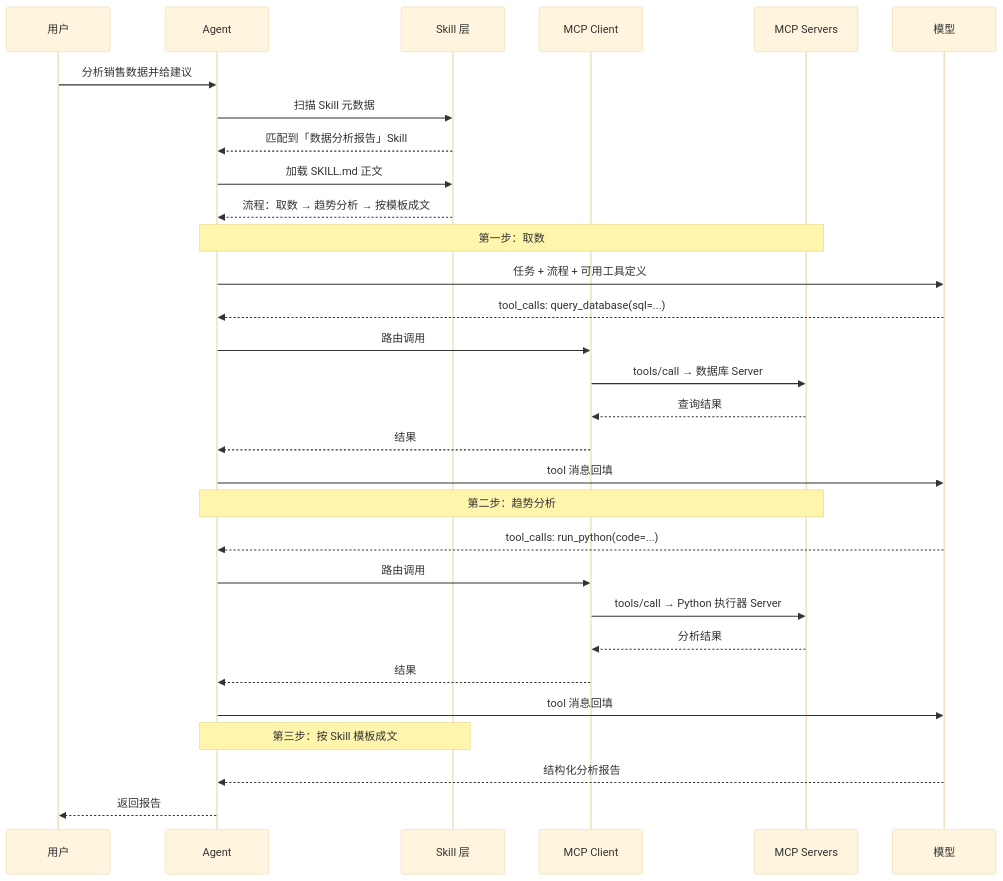
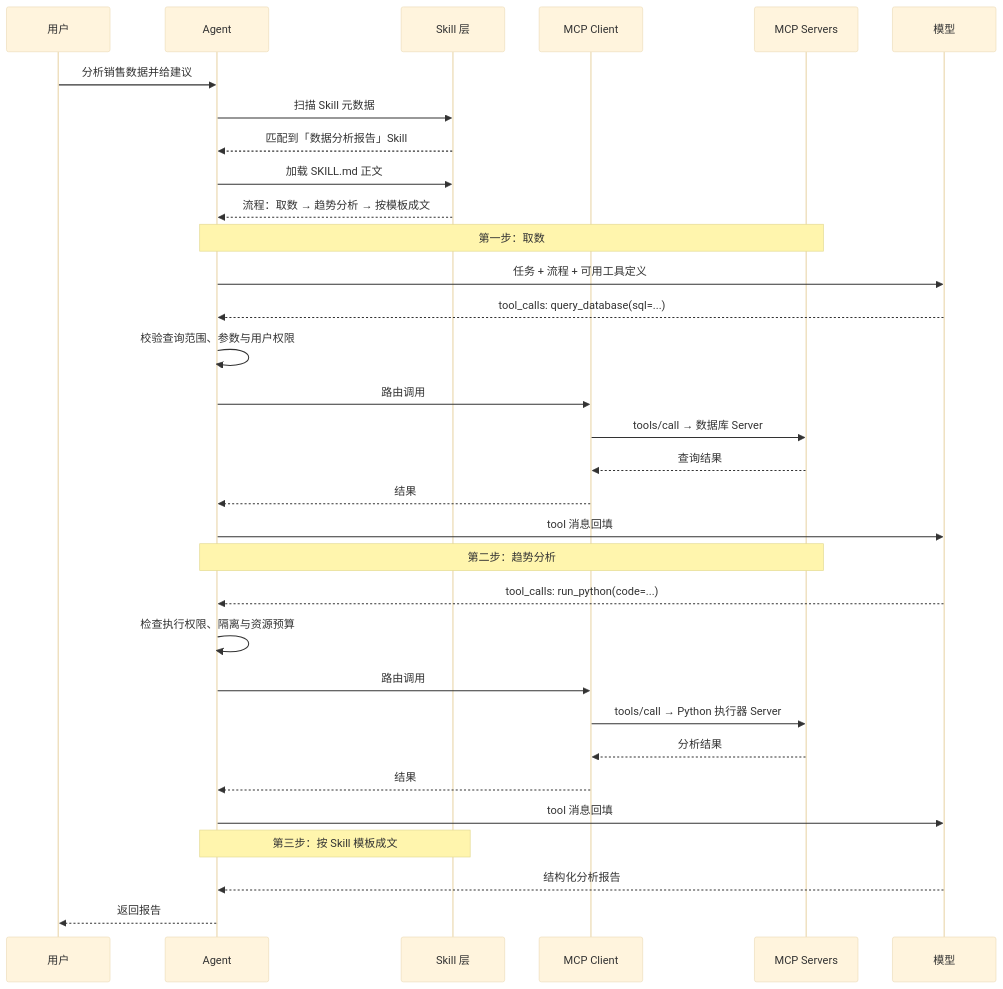
One commit to oneleaveknowsthefall/awesome-ai-roadmap changed the fourth of 4 diagrams in docs/tools/03-skills/10-fc-skill-mcp.md. Above: the diagram before and after it, drawn with Mermaid (base theme). The commit also changed other lines of this file and 16 other files, not shown here.

````diff
--- a/docs/tools/03-skills/10-fc-skill-mcp.md
+++ b/docs/tools/03-skills/10-fc-skill-mcp.md
@@ -113,36 +113,38 @@
 ```mermaid
 sequenceDiagram
     participant U as 用户
     participant A as Agent
     participant SK as Skill 层
     participant MC as MCP Client
     participant MS as MCP Servers
     participant M as 模型
 
     U->>A: 分析销售数据并给建议
     A->>SK: 扫描 Skill 元数据
     SK-->>A: 匹配到「数据分析报告」Skill
     A->>SK: 加载 SKILL.md 正文
     SK-->>A: 流程：取数 → 趋势分析 → 按模板成文
 
     Note over A,MS: 第一步：取数
     A->>M: 任务 + 流程 + 可用工具定义
     M-->>A: tool_calls: query_database(sql=...)
+    A->>A: 校验查询范围、参数与用户权限
     A->>MC: 路由调用
     MC->>MS: tools/call → 数据库 Server
     MS-->>MC: 查询结果
     MC-->>A: 结果
     A->>M: tool 消息回填
 
     Note over A,MS: 第二步：趋势分析
     M-->>A: tool_calls: run_python(code=...)
+    A->>A: 检查执行权限、隔离与资源预算
     A->>MC: 路由调用
     MC->>MS: tools/call → Python 执行器 Server
     MS-->>MC: 分析结果
     MC-->>A: 结果
     A->>M: tool 消息回填
 
     Note over A,SK: 第三步：按 Skill 模板成文
     M-->>A: 结构化分析报告
     A-->>U: 返回报告
 ```
````
